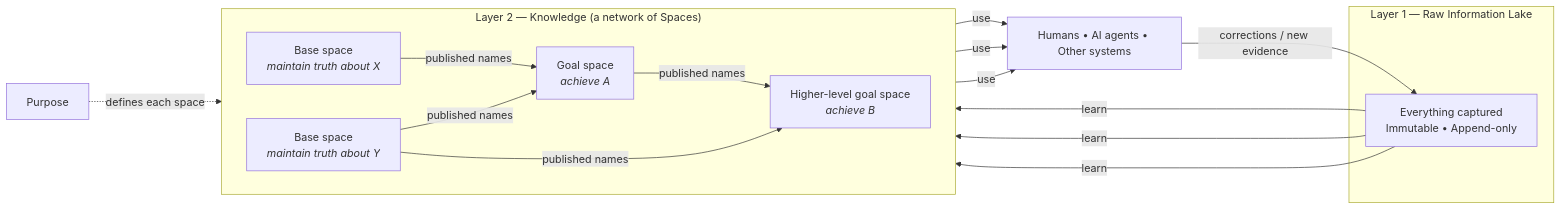
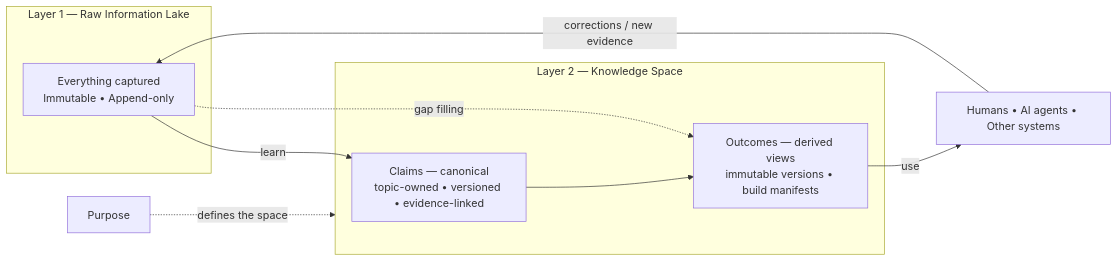
The diagram in docs/purpose-driven-personal-ai-product-vision.md (FeiniaoWang/kb), drawn with Mermaid before and after one commit. The commit also changed other lines of this file, not shown here.

````diff
--- a/docs/purpose-driven-personal-ai-product-vision.md
+++ b/docs/purpose-driven-personal-ai-product-vision.md
@@ -1169,31 +315,21 @@
 ```mermaid
 flowchart LR
     subgraph L1["Layer 1 — Raw Information Lake"]
         R["Everything captured<br/>Immutable • Append-only"]
     end
 
-    subgraph L2["Layer 2 — Knowledge (a network of Spaces)"]
-        direction LR
-        B1["Base space<br/><i>maintain truth about X</i>"]
-        B2["Base space<br/><i>maintain truth about Y</i>"]
-        G1["Goal space<br/><i>achieve A</i>"]
-        G2["Higher-level goal space<br/><i>achieve B</i>"]
-
-        B1 -->|"published names"| G1
-        B2 -->|"published names"| G1
-        B2 -->|"published names"| G2
-        G1 -->|"published names"| G2
+    subgraph L2["Layer 2 — Knowledge Space"]
+        CL["Claims — canonical<br/>topic-owned • versioned • evidence-linked"]
+        OU["Outcomes — derived views<br/>immutable versions • build manifests"]
+        CL --> OU
     end
 
     C["Humans • AI agents • Other systems"]
     P["Purpose"]
 
-    R -->|"learn"| B1
-    R -->|"learn"| B2
-    R -->|"learn"| G1
-    G1 -->|"use"| C
-    G2 -->|"use"| C
-    B1 -->|"use"| C
+    R -->|"learn"| CL
+    R -.->|"gap filling"| OU
+    OU -->|"use"| C
     C -->|"corrections / new evidence"| R
-    P -.->|"defines each space"| L2
+    P -.->|"defines the space"| L2
 ```
````
